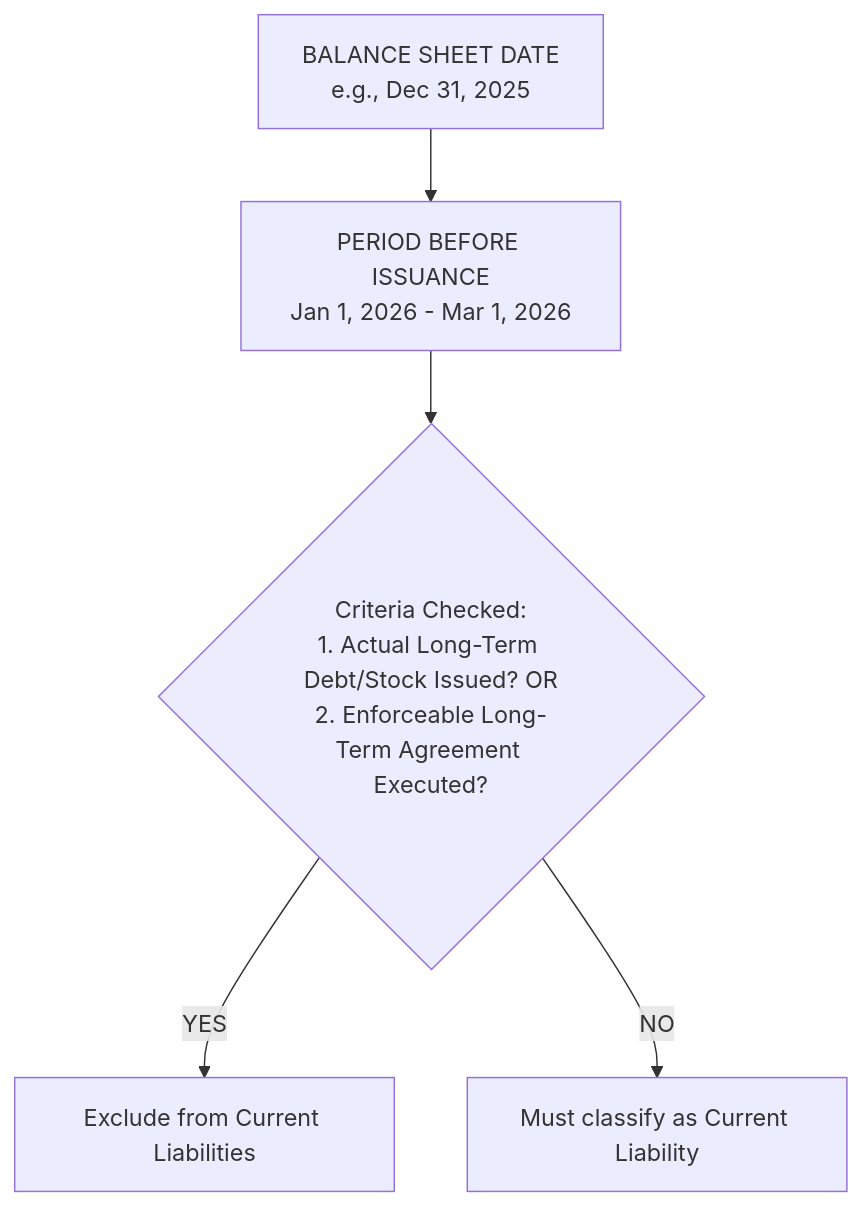
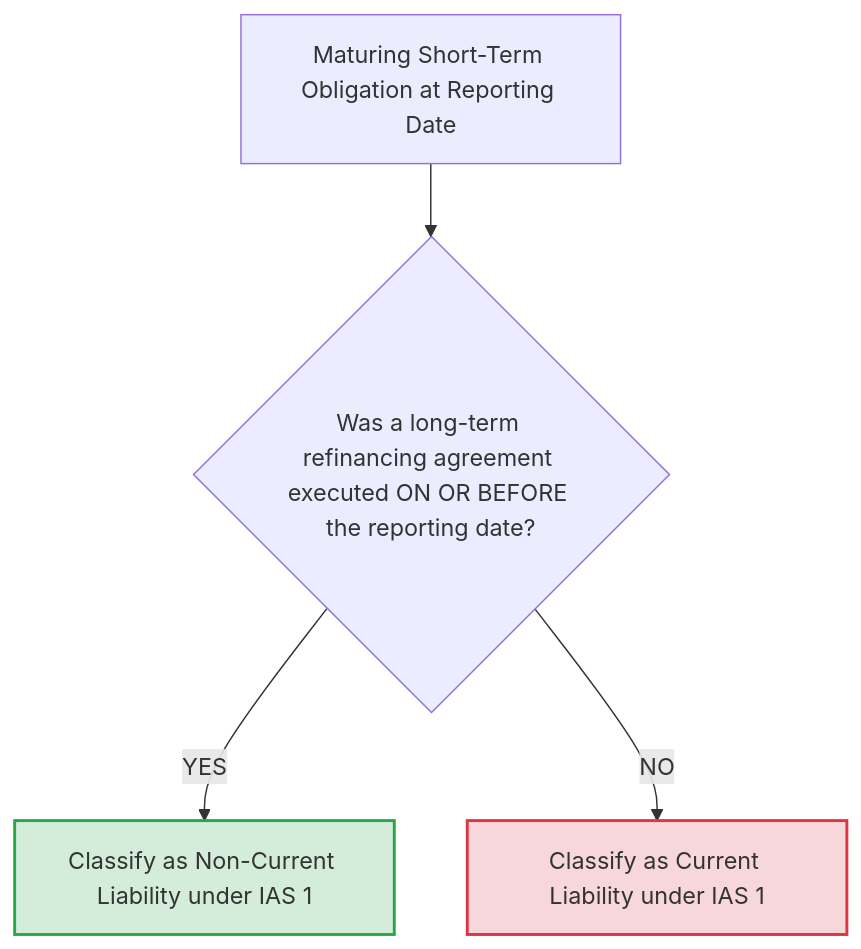
The second of 4 diagrams in note-res/ai-comprehension/acc-301-intermediate-accounting/phase-3/acc-301-notes-step-10.md (Soohaeib/shared-obsidian-notes), drawn with Mermaid before and after one commit. The commit also changed other lines of this file and 12 other files, not shown here.

````diff
--- a/note-res/ai-comprehension/acc-301-intermediate-accounting/phase-3/acc-301-notes-step-10.md
+++ b/note-res/ai-comprehension/acc-301-intermediate-accounting/phase-3/acc-301-notes-step-10.md
@@ -326,8 +138,9 @@
 ```mermaid
 flowchart TD
-    A[BALANCE SHEET DATE\ne.g., Dec 31, 2025] --> B
-    B[PERIOD BEFORE ISSUANCE\nJan 1, 2026 - Mar 1, 2026]
-    B --> C{"Criteria Checked:\n1. Actual Long-Term Debt/Stock Issued? OR\n2. Enforceable Long-Term Agreement Executed?"}
-    C -->|YES| D[Exclude from Current Liabilities]
-    C -->|NO| E[Must classify as Current Liability]
+    A[Maturing Short-Term Obligation at Reporting Date] --> B{Was a long-term refinancing agreement executed ON OR BEFORE the reporting date?}
+    B -->|YES| C[Classify as Non-Current Liability under IAS 1]
+    B -->|NO| D[Classify as Current Liability under IAS 1]
+    
+    style D fill:#f8d7da,stroke:#dc3545,stroke-width:2px
+    style C fill:#d4edda,stroke:#28a745,stroke-width:2px
 ```
````
